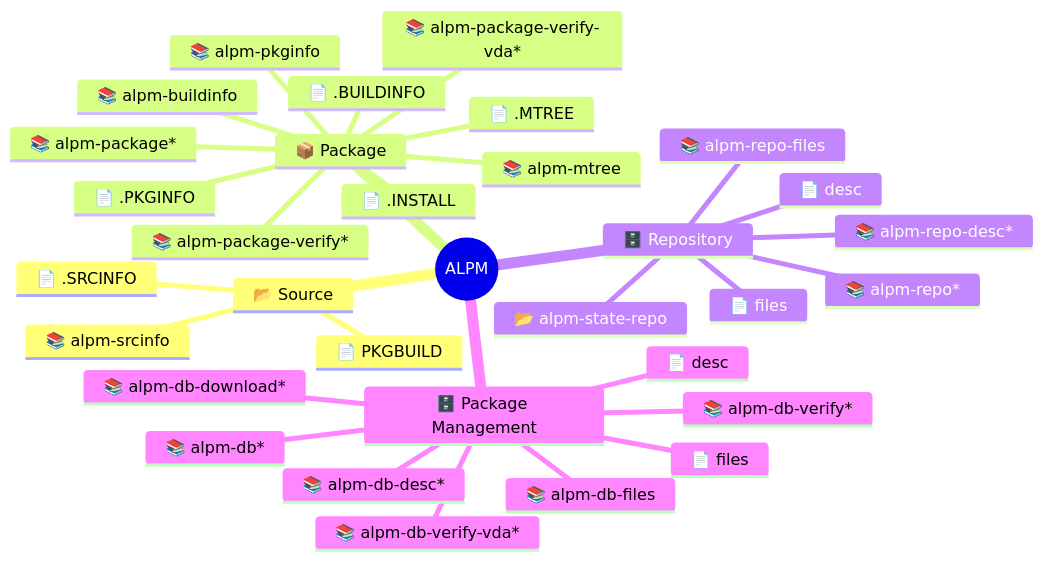
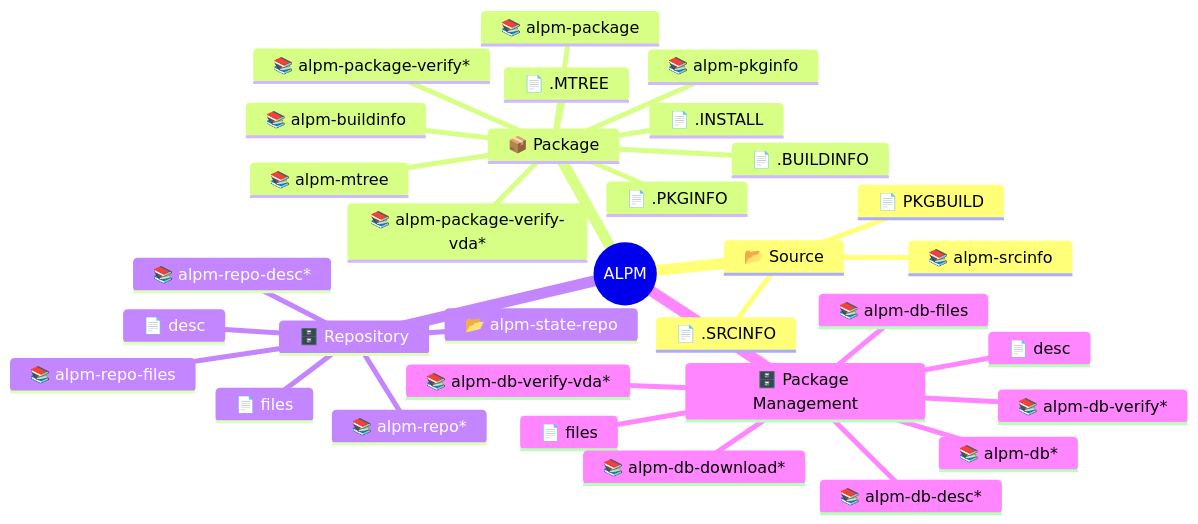
Before and after one commit to archlinux/alpm: the diagram in README.md, drawn with Mermaid. The commit also changed other lines of this file, not shown here.

Commit message:
docs: Add `alpm-package` to the top-level README

````diff
--- a/README.md
+++ b/README.md
@@ -23,35 +23,35 @@
 ```mermaid
 mindmap
   root((ALPM))
     📂 Source
       📄 PKGBUILD
       📄 .SRCINFO
       📚️ alpm-srcinfo
     📦 Package
       📄 .BUILDINFO
       📄 .PKGINFO
       📄 .INSTALL
       📄 .MTREE
       📚️ alpm-buildinfo
       📚️ alpm-pkginfo
       📚️ alpm-mtree
-      📚️ alpm-package*
+      📚️ alpm-package
       📚️ alpm-package-verify*
       📚️ alpm-package-verify-vda*
     🗄️ Repository
       📄 desc
       📄 files
       📚️ alpm-repo*
       📚️ alpm-repo-desc*
       📚️ alpm-repo-files
       📂 alpm-state-repo
     🗄️ Package Management
       📄 desc
       📄 files
       📚️ alpm-db*
       📚️ alpm-db-desc*
       📚️ alpm-db-download*
       📚️ alpm-db-files
       📚️ alpm-db-verify*
       📚️ alpm-db-verify-vda*
 ```
````
